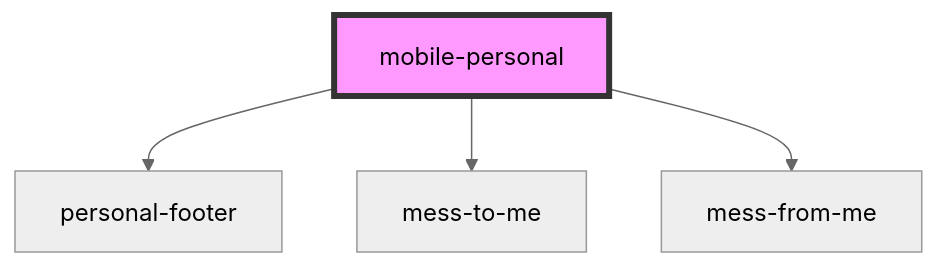
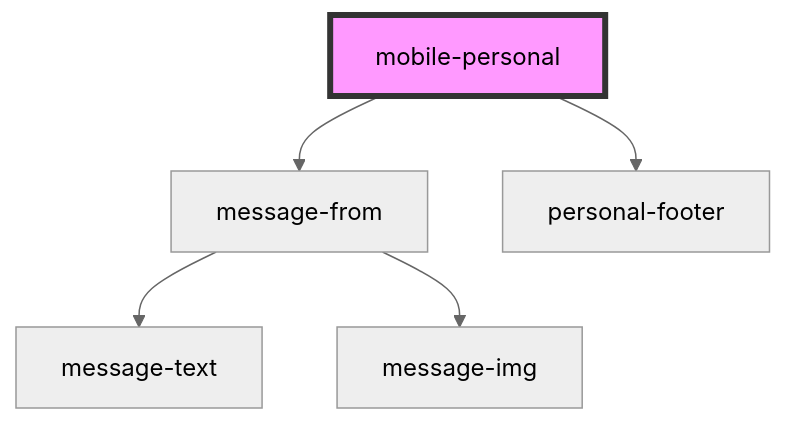
Before and after one commit to saqhan/stencil-chat: the diagram in src/components/mobile/mobile-chat/res/view/mobile-personal/readme.md, drawn with Mermaid (neutral theme). The commit also changed other lines of this file and 19 other files, not shown here.

````diff
--- a/src/components/mobile/mobile-chat/res/view/mobile-personal/readme.md
+++ b/src/components/mobile/mobile-chat/res/view/mobile-personal/readme.md
@@ -31,7 +30,8 @@
 ```mermaid
 graph TD;
+  mobile-personal --> message-from
   mobile-personal --> personal-footer
-  mobile-personal --> mess-to-me
-  mobile-personal --> mess-from-me
+  message-from --> message-text
+  message-from --> message-img
   style mobile-personal fill:#f9f,stroke:#333,stroke-width:4px
 ```
````
